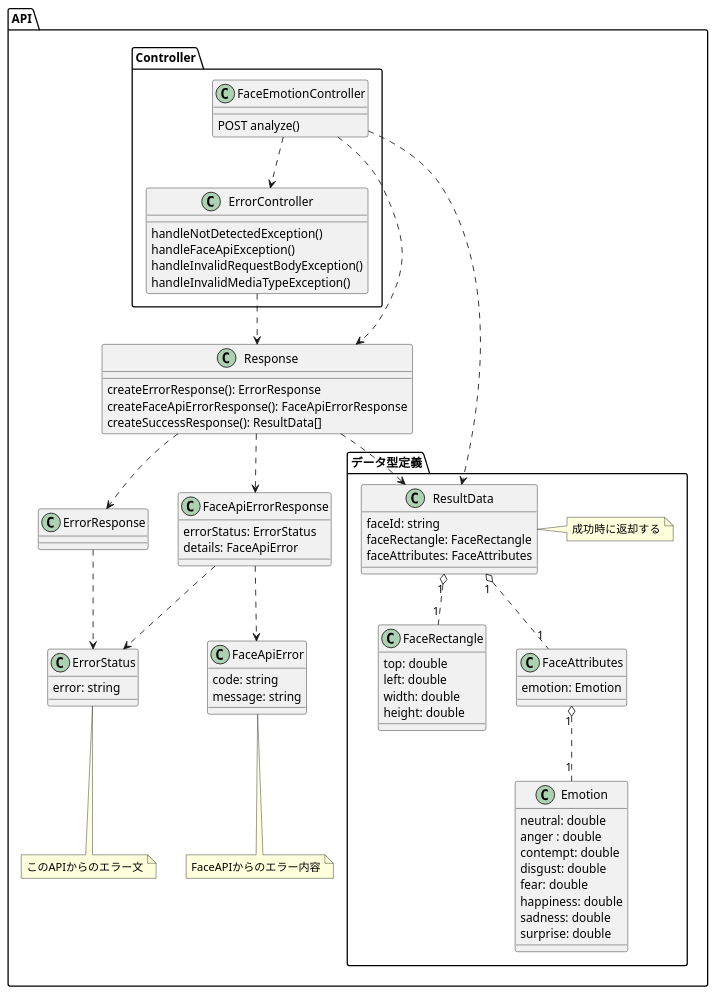
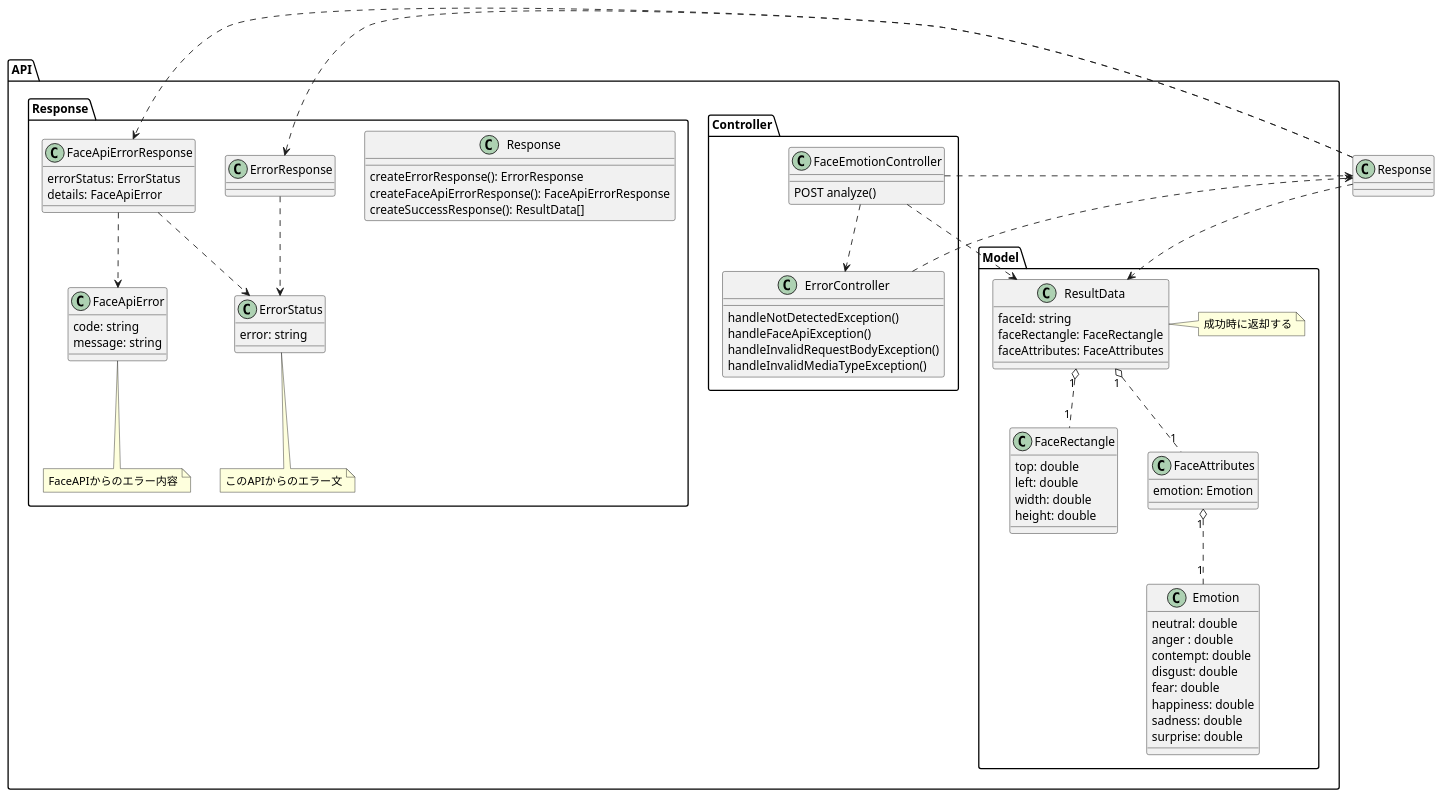
Before and after one commit to nishikawa1114/FaceEmotionSystem: the diagram in doc/uml/classDiagApi.pu, drawn with PlantUML.

Commit message:
クラス図　パッケージResponseを追加

```diff
--- a/doc/uml/classDiagApi.pu
+++ b/doc/uml/classDiagApi.pu
@@ -1,94 +1,96 @@
 @startuml Face Emotion Analyser API
 
 ' サーバーサイド
 package "API" {
 
     package "Controller" {
         class FaceEmotionController {
             POST analyze()
         }
 
         class ErrorController {
             handleNotDetectedException()
             handleFaceApiException()
             handleInvalidRequestBodyException()
             handleInvalidMediaTypeException()
         }
     }
 
+    package "Response" {
+        class Response {
+            createErrorResponse(): ErrorResponse
+            createFaceApiErrorResponse(): FaceApiErrorResponse
+            createSuccessResponse(): ResultData[]
+        }
 
-    Class Response {
-        createErrorResponse(): ErrorResponse
-        createFaceApiErrorResponse(): FaceApiErrorResponse
-        createSuccessResponse(): ResultData[]
+        class ErrorResponse {
+        }
+
+        class ErrorStatus {
+            error: string
+        }
+        note bottom: このAPIからのエラー文
+
+        class FaceApiErrorResponse {
+            errorStatus: ErrorStatus
+            details: FaceApiError
+        }
+
+        class FaceApiError {
+            code: string
+            message: string
+        }
+        note bottom: FaceAPIからのエラー内容
     }
 
-    class ErrorResponse {
-    }
 
-    class ErrorStatus {
-        error: string
-    }
-    note bottom: このAPIからのエラー文
-
-    class FaceApiErrorResponse {
-        errorStatus: ErrorStatus
-        details: FaceApiError
-    }
-
-    class FaceApiError {
-        code: string
-        message: string
-    }
-    note bottom: FaceAPIからのエラー内容
-
-    package "データ型定義" {
+    package "Model" {
         class ResultData {
             faceId: string
             faceRectangle: FaceRectangle
             faceAttributes: FaceAttributes
         }
         note right: 成功時に返却する
 
         class FaceRectangle {
             top: double
             left: double
             width: double
             height: double
         }
 
         class FaceAttributes {
             emotion: Emotion
         }
 
         class Emotion {
             neutral: double
             anger : double
             contempt: double
             disgust: double
             fear: double
             happiness: double
             sadness: double
             surprise: double
         }
     }
 
 }
 
 ResultData "1" o.. "1" FaceRectangle
 ResultData "1" o.. "1" FaceAttributes
 FaceAttributes "1" o.. "1" Emotion
 
 FaceEmotionController ..> ResultData
 FaceEmotionController ..> ErrorController
 
 FaceEmotionController ..> Response
 ErrorController ..> Response
 Response ..> ErrorResponse
 Response ..> FaceApiErrorResponse
 ErrorResponse ..> ErrorStatus
 FaceApiErrorResponse ..> FaceApiError
 FaceApiErrorResponse ..> ErrorStatus
 Response ..> ResultData
 
 @enduml
```
